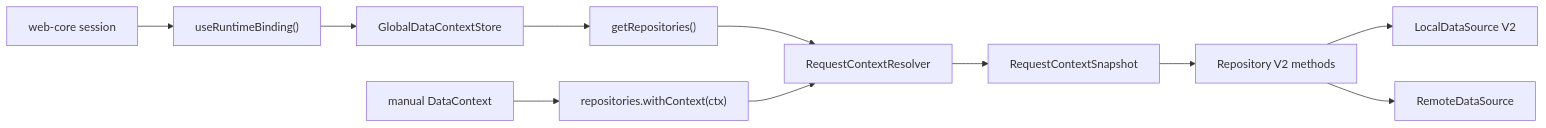
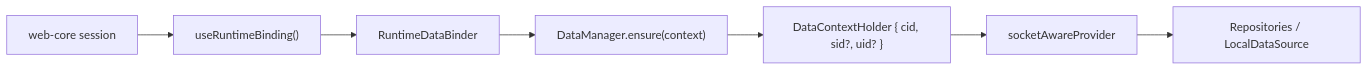
The diagram in libs/app-runtime/docs/data/context-design.md (lemoncloud-io/dou-app), drawn with Mermaid before and after one commit. The commit also changed other lines of this file and 45 other files, not shown here.

First line of the commit message:
refactor(app-runtime): split socket/auth, relocate session hooks, tighten surface

````diff
--- a/libs/app-runtime/docs/data/context-design.md
+++ b/libs/app-runtime/docs/data/context-design.md
@@ -75,16 +9,9 @@
 ```mermaid
 flowchart LR
   Session["web-core session"] --> Binding["useRuntimeBinding()"]
-  Binding --> GlobalStore["GlobalDataContextStore"]
-
-  GlobalStore --> DefaultRepos["getRepositories()"]
-  ManualCtx["manual DataContext"] --> ContextRepos["repositories.withContext(ctx)"]
-
-  DefaultRepos --> Resolver["RequestContextResolver"]
-  ContextRepos --> Resolver
-
-  Resolver --> Snapshot["RequestContextSnapshot"]
-  Snapshot --> Repo["Repository V2 methods"]
-  Repo --> Local["LocalDataSource V2"]
-  Repo --> Remote["RemoteDataSource"]
+  Binding --> Binder["RuntimeDataBinder"]
+  Binder --> Ensure["DataManager.ensure(context)"]
+  Ensure --> Holder["DataContextHolder { cid, sid?, uid? }"]
+  Holder --> Provider["socketAwareProvider"]
+  Provider --> Repos["Repositories / LocalDataSource"]
 ```
````
